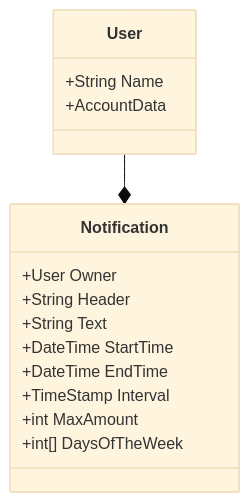
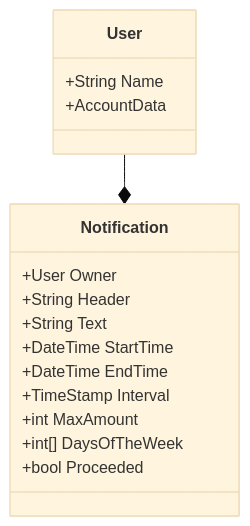
The diagram in README.md (CIRCULARKA/notificator), drawn with Mermaid (base theme) before and after one commit.

````diff
--- a/README.md
+++ b/README.md
@@ -9,20 +9,21 @@
 ```mermaid
 classDiagram
     User --* Notification
 
     class Notification {
         +User Owner
         +String Header
         +String Text
         +DateTime StartTime
         +DateTime EndTime
         +TimeStamp Interval
         +int MaxAmount
         +int[] DaysOfTheWeek
+        +bool Proceeded
     }
 
     class User {
         +String Name
         +AccountData
     }
 ```
````
